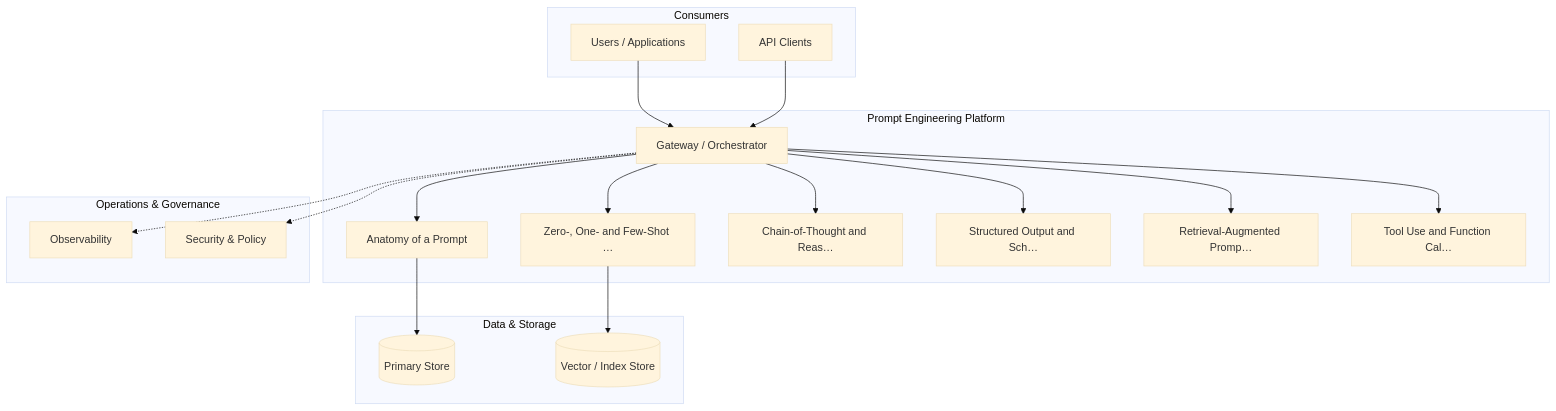
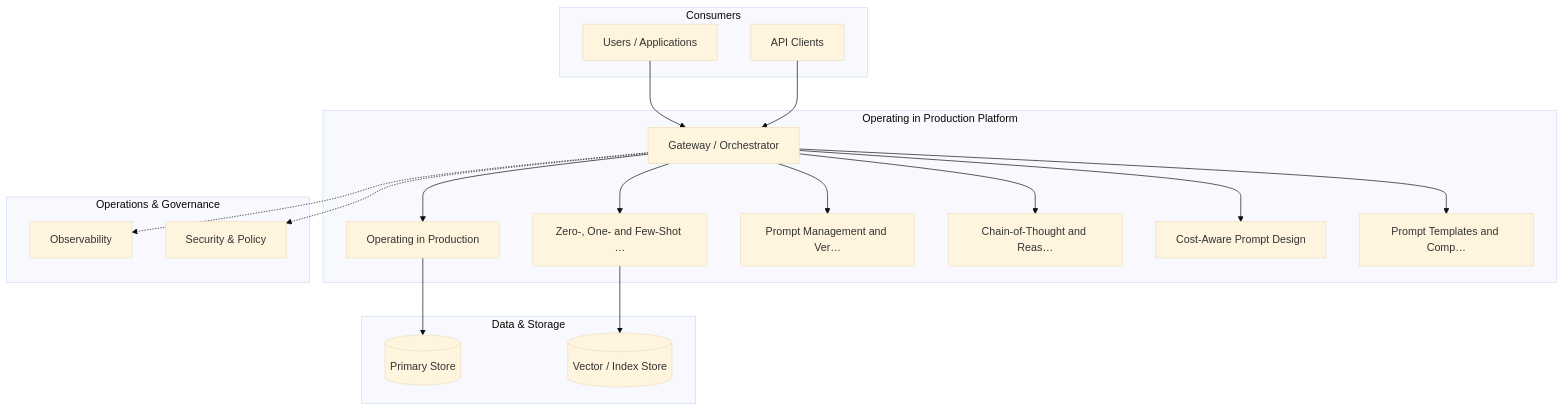
The diagram in content/prompt-engineering/prompt-engineering-foundations/diagrams/fig-023-cloud-architecture.mmd (ankit05121980/AI-University), drawn with Mermaid (base theme) before and after one commit. The commit also changed 458 other files, not shown here.

First line of the commit message:
Add Diagram Studio (prompt/text -> diagram) and per-chapter diagram context

```diff
--- a/content/prompt-engineering/prompt-engineering-foundations/diagrams/fig-023-cloud-architecture.mmd
+++ b/content/prompt-engineering/prompt-engineering-foundations/diagrams/fig-023-cloud-architecture.mmd
@@ -1,34 +1,34 @@
 flowchart TB
   subgraph Client["Consumers"]
     U[Users / Applications]
     API[API Clients]
   end
-  subgraph Platform["Prompt Engineering Platform"]
+  subgraph Platform["Operating in Production Platform"]
     GW[Gateway / Orchestrator]
-    S0[Anatomy of a Prompt]
+    S0[Operating in Production]
     S1[Zero-, One- and Few-Shot …]
-    S2[Chain-of-Thought and Reas…]
-    S3[Structured Output and Sch…]
-    S4[Retrieval-Augmented Promp…]
-    S5[Tool Use and Function Cal…]
+    S2[Prompt Management and Ver…]
+    S3[Chain-of-Thought and Reas…]
+    S4[Cost-Aware Prompt Design]
+    S5[Prompt Templates and Comp…]
   end
   subgraph Data["Data & Storage"]
     DS[(Primary Store)]
     VEC[(Vector / Index Store)]
   end
   subgraph Ops["Operations & Governance"]
     OBS[Observability]
     SEC[Security & Policy]
   end
   U --> GW
   API --> GW
   GW --> S0
   GW --> S1
   GW --> S2
   GW --> S3
   GW --> S4
   GW --> S5
   S0 --> DS
   S1 --> VEC
   GW -.-> OBS
   GW -.-> SEC
```
